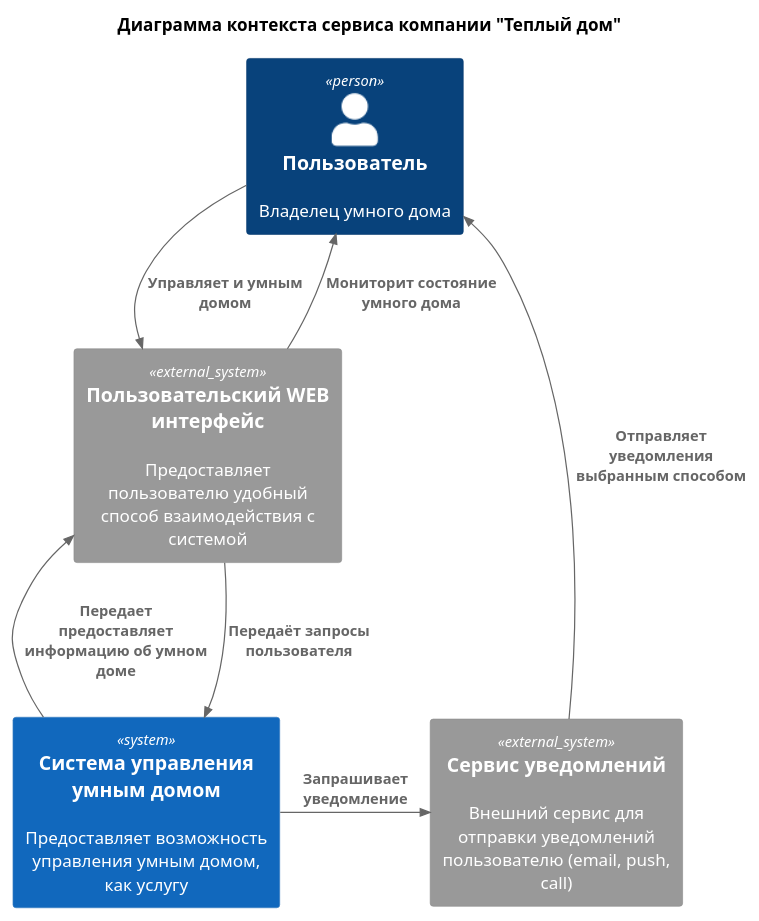
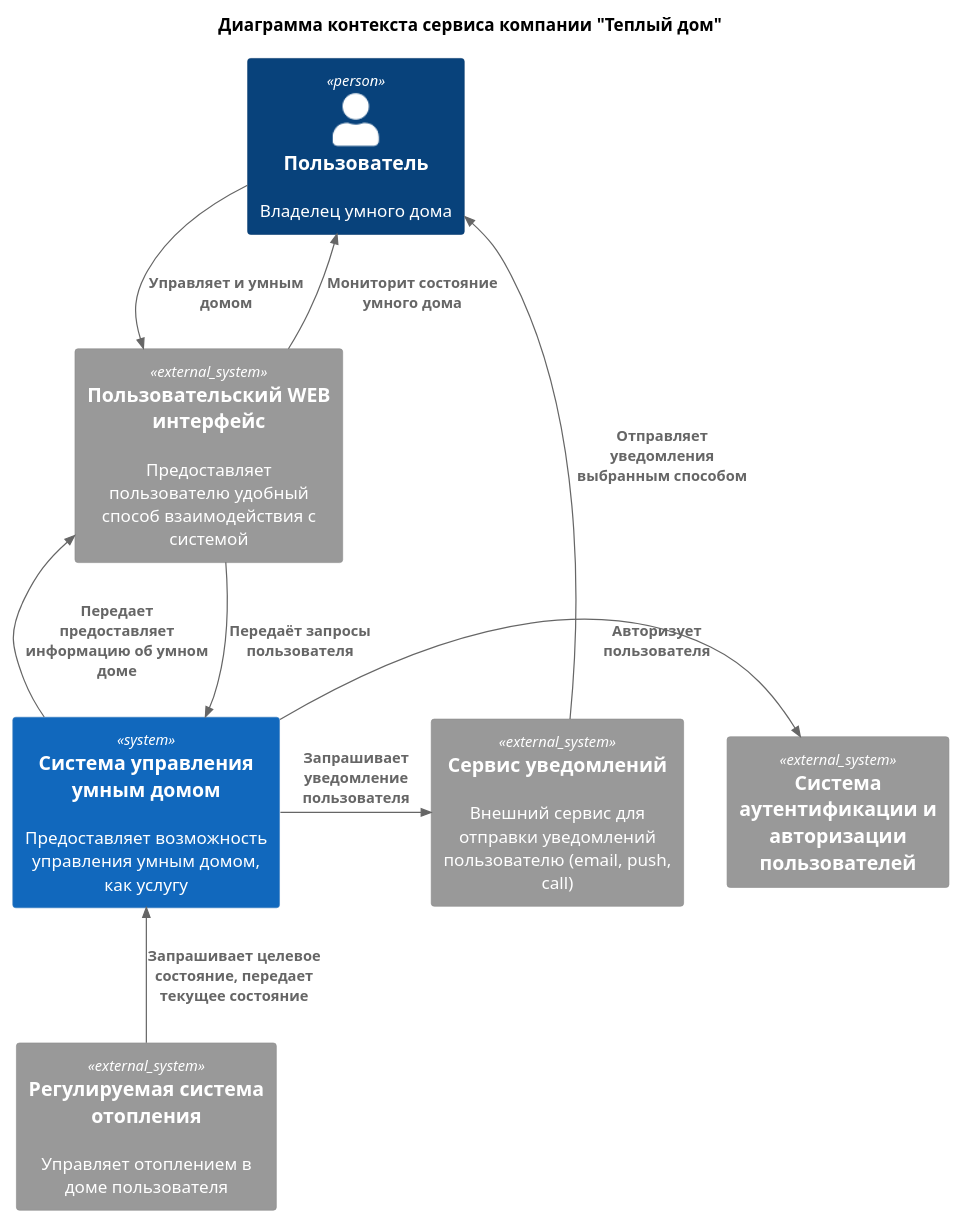
The diagram in doc/Context.puml (aleksey-bardanov/architecture-sprint-3), drawn with PlantUML before and after one commit. The commit also changed 3 other files, not shown here.

```diff
--- a/doc/Context.puml
+++ b/doc/Context.puml
@@ -1,18 +1,22 @@
 @startuml
 !include https://raw.githubusercontent.com/plantuml-stdlib/C4-PlantUML/master/C4_Context.puml
 
 title Диаграмма контекста сервиса компании "Теплый дом" 
 
 Person(customer, "Пользователь", "Владелец умного дома")
 System(smart_home_service, "Система управления умным домом", "Предоставляет возможность управления умным домом, как услугу")
 
 System_Ext(notification_service, "Сервис уведомлений", "Внешний сервис для отправки уведомлений пользователю (email, push, call)")
 System_Ext(web_ui, "Пользовательский WEB интерфейс", "Предоставляет пользователю удобный способ взаимодействия с системой")
+System_Ext(heating_system, "Регулируемая система отопления", "Управляет отоплением в доме пользователя")
+System_Ext(auth_service, "Система аутентификации и авторизации пользователей")
 
 Rel(customer, web_ui, "Управляет и умным домом")
 Rel_Back(customer, web_ui, "Мониторит состояние умного дома")
 Rel_Back(customer, notification_service, "Отправляет уведомления выбранным способом")
-Rel_Neighbor(smart_home_service, notification_service, "Запрашивает уведомление")
+Rel_Neighbor(smart_home_service, notification_service, "Запрашивает уведомление пользователя")
+Rel_Neighbor(smart_home_service, auth_service, "Авторизует пользователя")
 Rel(web_ui, smart_home_service, "Передаёт запросы пользователя")
 Rel_Back(web_ui, smart_home_service, "Передает предоставляет информацию об умном доме")
+Rel_U(heating_system, smart_home_service, "Запрашивает целевое состояние, передает текущее состояние")
 @enduml
```
